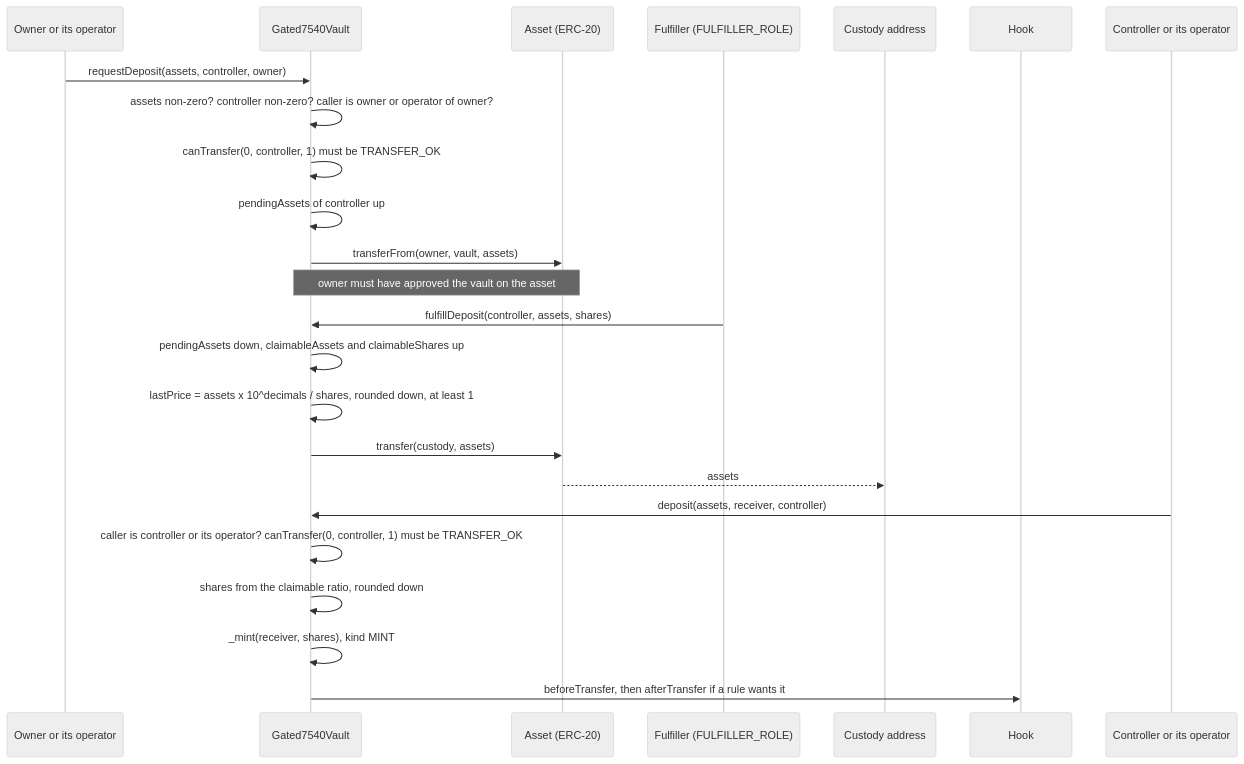
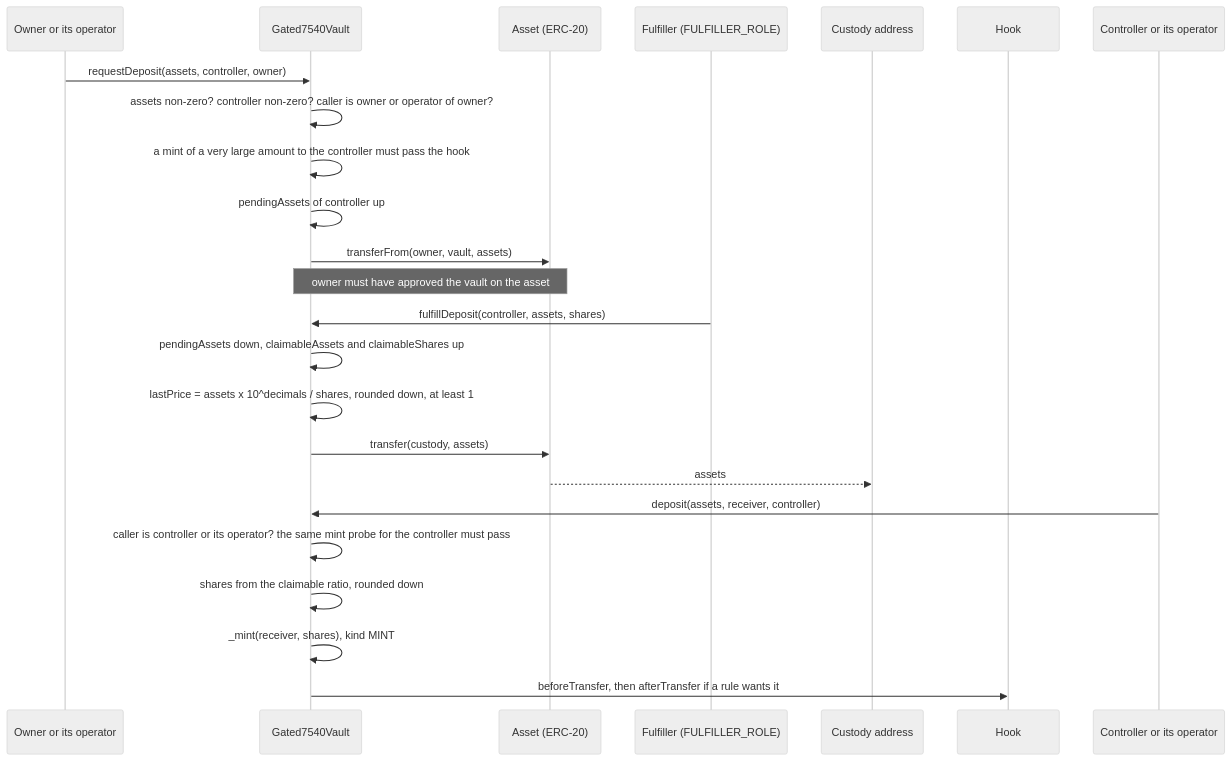
Before and after one commit to fepvenancio/rwa-token: the third of 6 diagrams in docs/flows-vaults.md, drawn with Mermaid (neutral theme). The commit also changed other lines of this file and 116 other files, not shown here.

````diff
--- a/docs/flows-vaults.md
+++ b/docs/flows-vaults.md
@@ -94,29 +102,29 @@
 ```mermaid
 sequenceDiagram
   participant O as Owner or its operator
   participant V as Gated7540Vault
   participant A as Asset (ERC-20)
   participant F as Fulfiller (FULFILLER_ROLE)
   participant C as Custody address
   participant H as Hook
   participant K as Controller or its operator
 
   O->>V: requestDeposit(assets, controller, owner)
   V->>V: assets non-zero? controller non-zero? caller is owner or operator of owner?
-  V->>V: canTransfer(0, controller, 1) must be TRANSFER_OK
+  V->>V: a mint of a very large amount to the controller must pass the hook
   V->>V: pendingAssets of controller up
   V->>A: transferFrom(owner, vault, assets)
   Note over V,A: owner must have approved the vault on the asset
 
   F->>V: fulfillDeposit(controller, assets, shares)
   V->>V: pendingAssets down, claimableAssets and claimableShares up
   V->>V: lastPrice = assets x 10^decimals / shares, rounded down, at least 1
   V->>A: transfer(custody, assets)
   A-->>C: assets
 
   K->>V: deposit(assets, receiver, controller)
-  V->>V: caller is controller or its operator? canTransfer(0, controller, 1) must be TRANSFER_OK
+  V->>V: caller is controller or its operator? the same mint probe for the controller must pass
   V->>V: shares from the claimable ratio, rounded down
   V->>V: _mint(receiver, shares), kind MINT
   V->>H: beforeTransfer, then afterTransfer if a rule wants it
 ```
````
